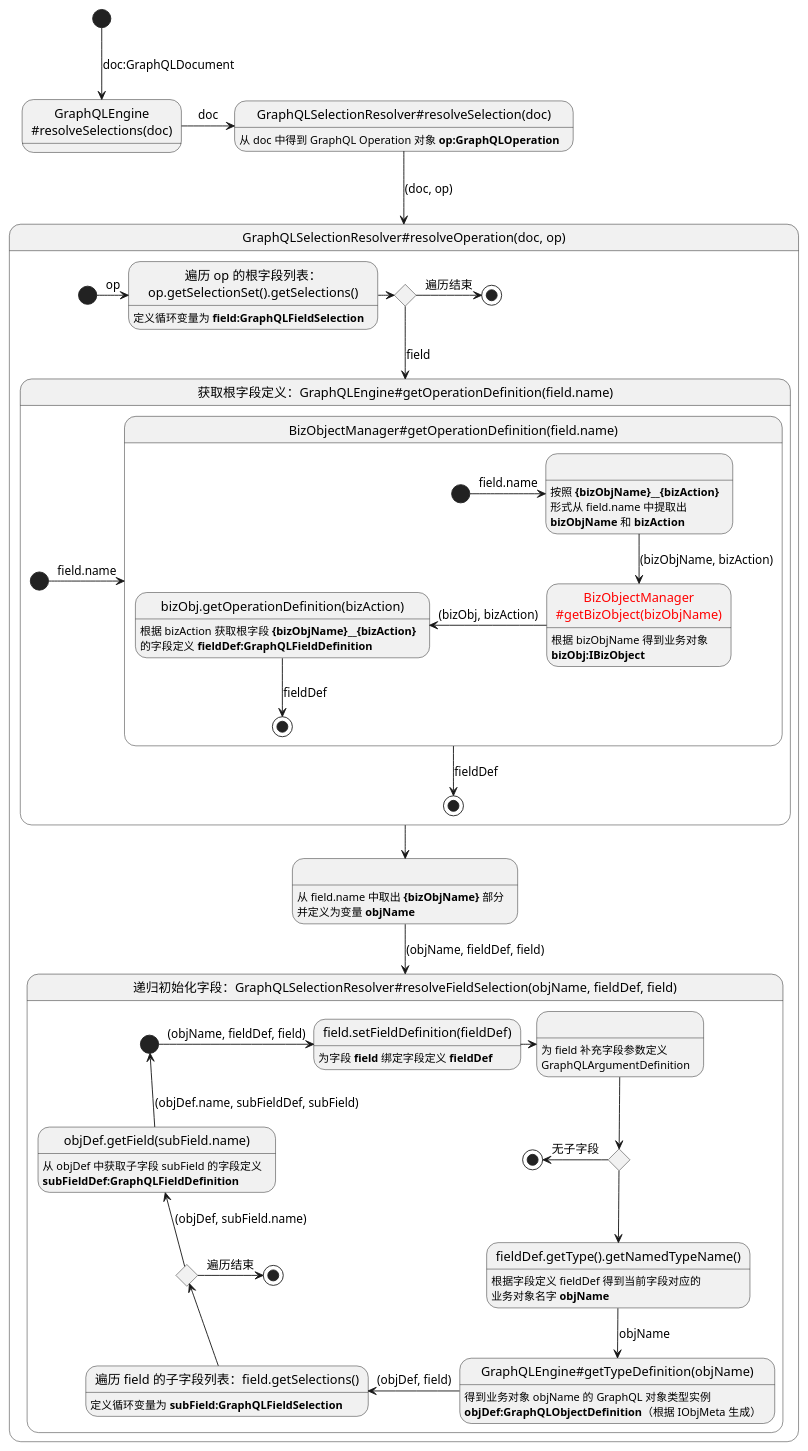
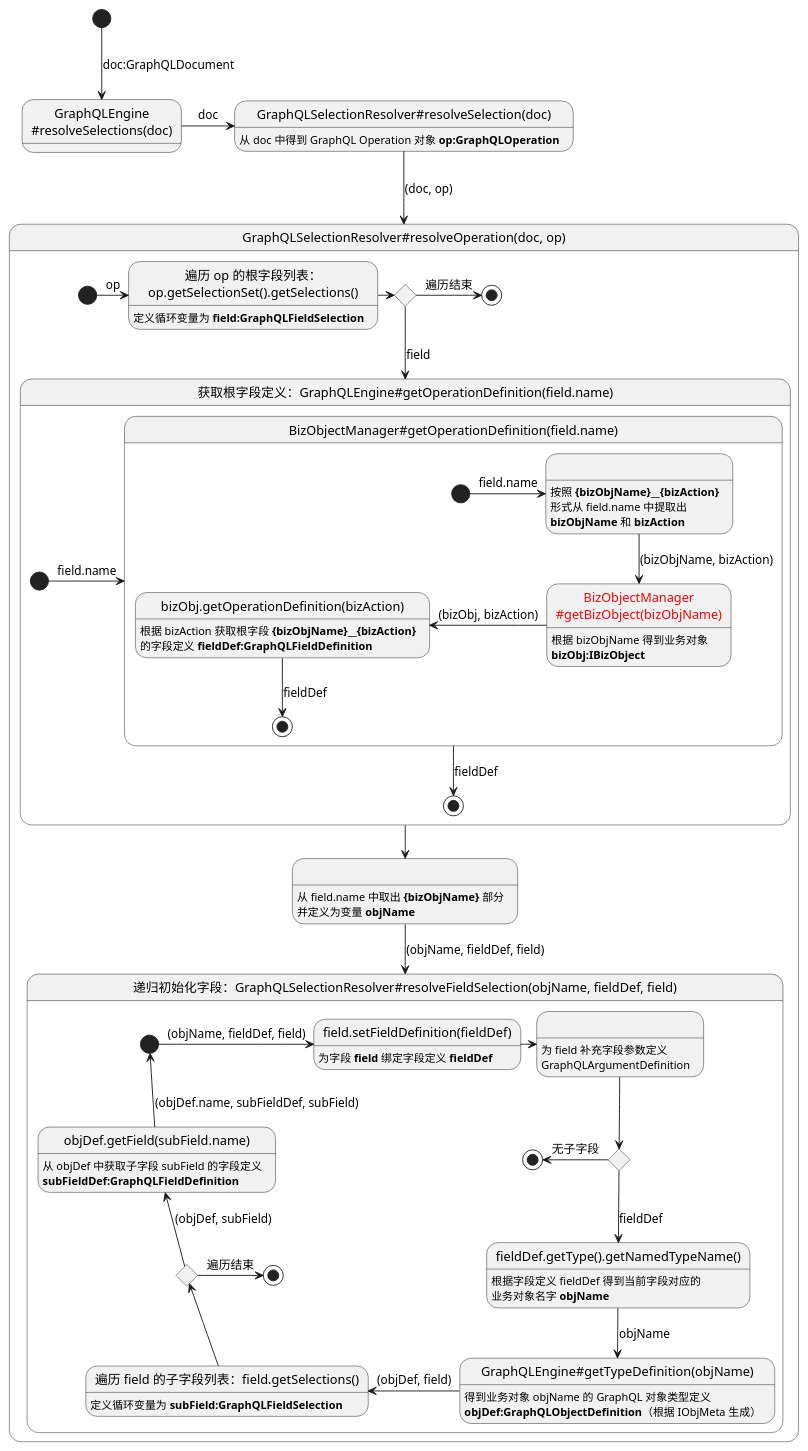
Before and after one commit to crazydan-studio/nop.crazydan.io: the sixth of 11 diagrams in docs/400.implement/400.component/100.graphql.md, drawn with PlantUML. The commit also changed other lines of this file, not shown here.

````diff
--- a/docs/400.implement/400.component/100.graphql.md
+++ b/docs/400.implement/400.component/100.graphql.md
@@ -666,70 +671,70 @@
 ```plantuml
 state "GraphQLEngine\n~#resolveSelections(doc)" as call_engine_resolveSelections
 state "GraphQLSelectionResolver#resolveSelection(doc)" as call_resolver_resolveSelection: 从 doc 中得到 GraphQL Operation 对象 <b>op:GraphQLOperation</b>
 
 [*] -down-> call_engine_resolveSelections: doc:GraphQLDocument
 call_engine_resolveSelections -> call_resolver_resolveSelection: doc
 call_resolver_resolveSelection -down-> call_resolver_resolveOperation: (doc, op)
 
 state "GraphQLSelectionResolver#resolveOperation(doc, op)" as call_resolver_resolveOperation {
   state "遍历 op 的根字段列表：\nop.getSelectionSet().getSelections()" as get_field_from_op: 定义循环变量为 <b>field:GraphQLFieldSelection</b>
   state " " as split_objName_from_op: 从 field.name 中取出 **{bizObjName}** 部分\n并定义为变量 <b>objName</b>
   state has_op_field <<choice>>
 
   [*] -right-> get_field_from_op: op
   get_field_from_op -right-> has_op_field
 
   has_op_field -right-> [*]: 遍历结束
   has_op_field -down-> call_engine_getOperationDefinition: field
 
   call_engine_getOperationDefinition -down-> split_objName_from_op
   split_objName_from_op -down-> call_resolver_resolveFieldSelection: (objName, fieldDef, field)
 
   state "获取根字段定义：GraphQLEngine~#getOperationDefinition(field.name)" as call_engine_getOperationDefinition {
     [*] -right-> call_bizObj_getOperationDefinition: field.name
     call_bizObj_getOperationDefinition -down-> [*]: fieldDef
 
     state "BizObjectManager#getOperationDefinition(field.name)" as call_bizObj_getOperationDefinition {
       state " " as split_field_name: 按照 **{bizObjName}__{bizAction}**\n形式从 field.name 中提取出\n**bizObjName** 和 **bizAction**
       state "<color:red>BizObjectManager\n<color:red>~#getBizObject(bizObjName)" as call_biz_obj_man_getBizObject: 根据 bizObjName 得到业务对象\n<b>bizObj:IBizObject</b>
       state "bizObj.getOperationDefinition(bizAction)" as call_biz_obj_getOperationDefinition: 根据 bizAction 获取根字段 **{bizObjName}__{bizAction}**\n的字段定义 <b>fieldDef:GraphQLFieldDefinition</b>
 
       [*] -right-> split_field_name: field.name
       split_field_name -down-> call_biz_obj_man_getBizObject: (bizObjName, bizAction)
       call_biz_obj_man_getBizObject -left-> call_biz_obj_getOperationDefinition: (bizObj, bizAction)
       call_biz_obj_getOperationDefinition -down-> [*]: fieldDef
     }
   }
 
   state "递归初始化字段：GraphQLSelectionResolver~#resolveFieldSelection(objName, fieldDef, field)" as call_resolver_resolveFieldSelection {
     state "field.setFieldDefinition(fieldDef)" as call_field_setFieldDefinition: 为字段 <b>field</b> 绑定字段定义 <b>fieldDef</b>
     state " " as validate_field_args: 为 field 补充字段参数定义\nGraphQLArgumentDefinition
     state top_has_sub_field <<choice>>
 
     state "fieldDef.getType().getNamedTypeName()" as call_fieldDef_getType: 根据字段定义 fieldDef 得到当前字段对应的\n业务对象名字 **objName**
-    state "GraphQLEngine#getTypeDefinition(objName)" as call_engine_getTypeDefinition: 得到业务对象 objName 的 GraphQL 对象类型实例\n<b>objDef:GraphQLObjectDefinition</b>（根据 IObjMeta 生成）
+    state "GraphQLEngine#getTypeDefinition(objName)" as call_engine_getTypeDefinition: 得到业务对象 objName 的 GraphQL 对象类型定义\n<b>objDef:GraphQLObjectDefinition</b>（根据 IObjMeta 生成）
     state "遍历 field 的子字段列表：field.getSelections()" as get_field_from_field: 定义循环变量为 <b>subField:GraphQLFieldSelection</b>
     state "objDef.getField(subField.name)" as call_obj_def_getField: 从 objDef 中获取子字段 subField 的字段定义\n<b>subFieldDef:GraphQLFieldDefinition</b>
     state has_sub_field <<choice>>
     state start <<start>>
     state end0 <<end>>
     state end1 <<end>>
 
     start -right-> call_field_setFieldDefinition: (objName, fieldDef, field)
     call_field_setFieldDefinition -right-> validate_field_args
     validate_field_args -down-> top_has_sub_field
 
     top_has_sub_field -left-> end0: 无子字段
-    top_has_sub_field -down-> call_fieldDef_getType
+    top_has_sub_field -down-> call_fieldDef_getType: fieldDef
     call_fieldDef_getType -down-> call_engine_getTypeDefinition: objName
 
     call_engine_getTypeDefinition -left-> get_field_from_field: (objDef, field)
     get_field_from_field -up-> has_sub_field
 
     has_sub_field -right-> end1: 遍历结束
-    has_sub_field -up-> call_obj_def_getField: (objDef, subField.name)
+    has_sub_field -up-> call_obj_def_getField: (objDef, subField)
 
     call_obj_def_getField -up-> start: (objDef.name, subFieldDef, subField)
   }
 }
 ```
````
